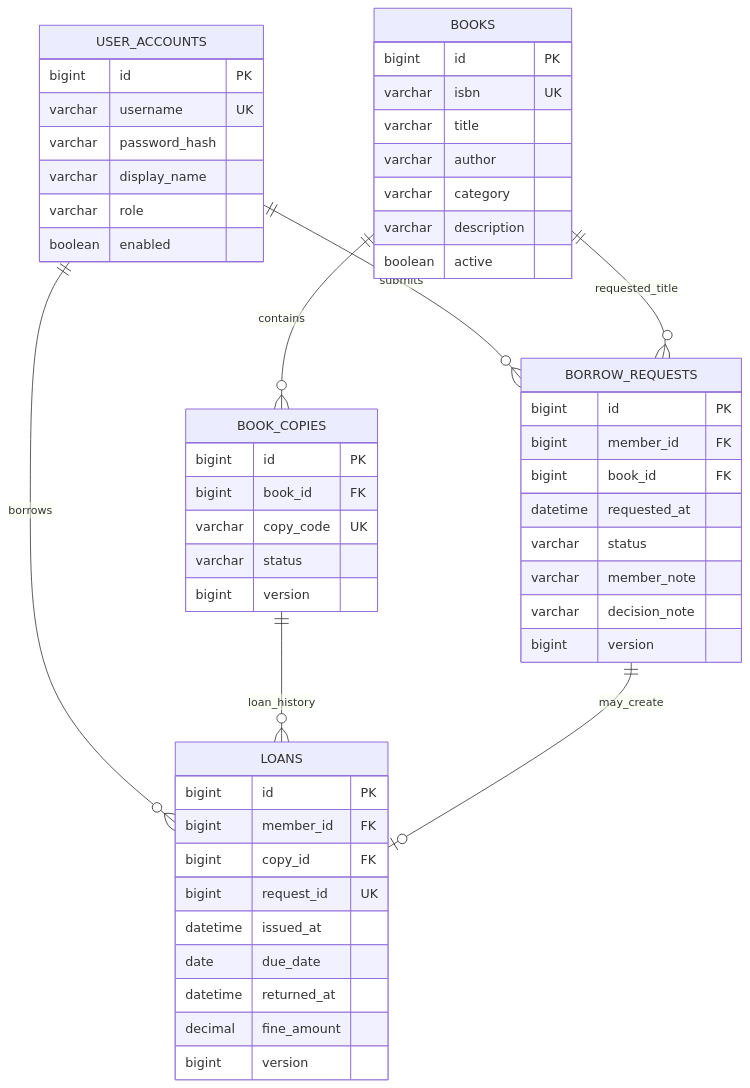
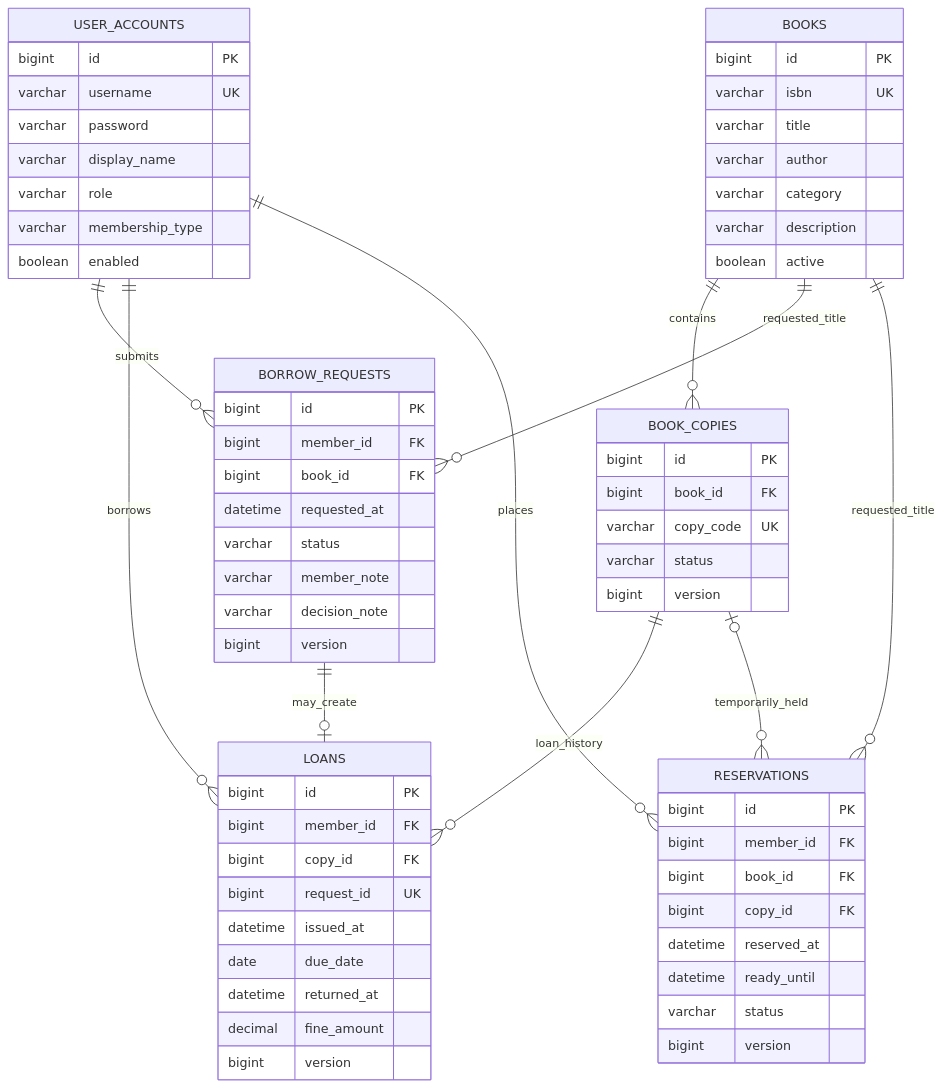
Before and after one commit to trithanh1577/261_72ITSE41704_2474802010400_E-Library: the diagram in docs/design/erd.mmd, drawn with Mermaid. The commit also changed 32 other files, not shown here.

Commit message:
Add week 7 reservations and member management

```diff
--- a/docs/design/erd.mmd
+++ b/docs/design/erd.mmd
@@ -1,52 +1,66 @@
 erDiagram
     USER_ACCOUNTS {
       bigint id PK
       varchar username UK
-      varchar password_hash
+      varchar password
       varchar display_name
       varchar role
+      varchar membership_type
       boolean enabled
     }
     BOOKS {
       bigint id PK
       varchar isbn UK
       varchar title
       varchar author
       varchar category
       varchar description
       boolean active
     }
     BOOK_COPIES {
       bigint id PK
       bigint book_id FK
       varchar copy_code UK
       varchar status
       bigint version
     }
     BORROW_REQUESTS {
       bigint id PK
       bigint member_id FK
       bigint book_id FK
       datetime requested_at
       varchar status
       varchar member_note
       varchar decision_note
       bigint version
     }
     LOANS {
       bigint id PK
       bigint member_id FK
       bigint copy_id FK
       bigint request_id UK
       datetime issued_at
       date due_date
       datetime returned_at
       decimal fine_amount
       bigint version
     }
+    RESERVATIONS {
+      bigint id PK
+      bigint member_id FK
+      bigint book_id FK
+      bigint copy_id FK
+      datetime reserved_at
+      datetime ready_until
+      varchar status
+      bigint version
+    }
     BOOKS ||--o{ BOOK_COPIES : contains
     USER_ACCOUNTS ||--o{ BORROW_REQUESTS : submits
     BOOKS ||--o{ BORROW_REQUESTS : requested_title
     USER_ACCOUNTS ||--o{ LOANS : borrows
     BOOK_COPIES ||--o{ LOANS : loan_history
     BORROW_REQUESTS ||--o| LOANS : may_create
+    USER_ACCOUNTS ||--o{ RESERVATIONS : places
+    BOOKS ||--o{ RESERVATIONS : requested_title
+    BOOK_COPIES o|--o{ RESERVATIONS : temporarily_held
```
